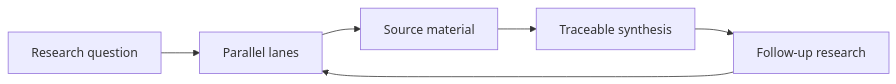
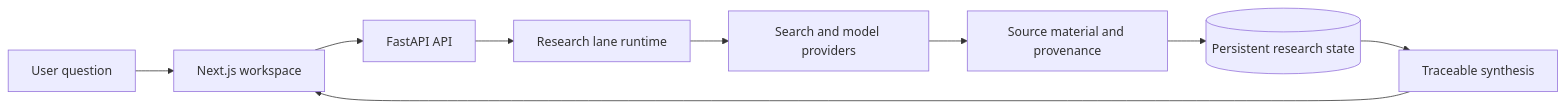
One commit to cosbata/parallel-research changed the diagram in README.md. Above: the diagram before and after it, drawn with Mermaid. The commit also changed other lines of this file and 2 other files, not shown here.

Commit message:
docs: expand Parallel Research portfolio

````diff
--- a/README.md
+++ b/README.md
@@ -28,8 +48,11 @@
 ```mermaid
 flowchart LR
-    Q[Research question] --> L[Parallel lanes]
-    L --> S[Source material]
-    S --> Y[Traceable synthesis]
-    Y --> F[Follow-up research]
-    F --> L
+    U[User question] --> W[Next.js workspace]
+    W --> A[FastAPI API]
+    A --> L[Research lane runtime]
+    L --> P[Search and model providers]
+    P --> E[Source material and provenance]
+    E --> D[(Persistent research state)]
+    D --> S[Traceable synthesis]
+    S --> W
 ```
````
